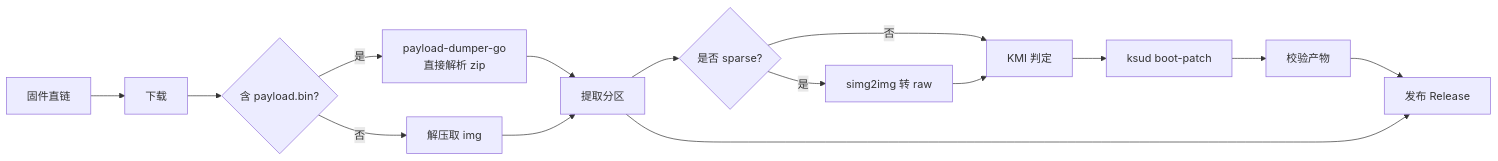
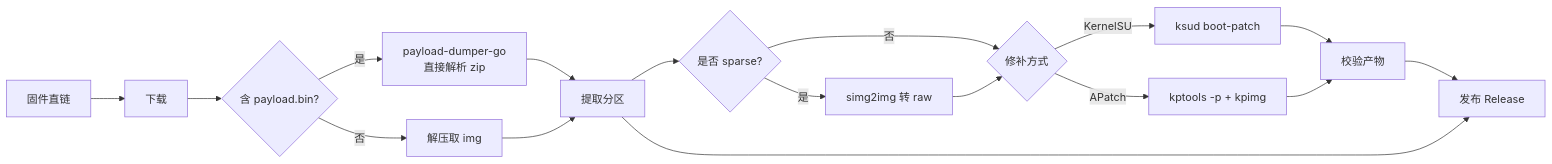
Before and after one commit to CoverUp137/ksu-patcher: the diagram in README.md, drawn with Mermaid. The commit also changed other lines of this file and 8 other files, not shown here.

First line of the commit message:
适配 APatch：新增 KernelPatch 工具链与 boot 修补流程

````diff
--- a/README.md
+++ b/README.md
@@ -150,17 +204,19 @@
 ```mermaid
 flowchart LR
     A[固件直链] --> B[下载]
     B --> C{含 payload.bin?}
     C -->|是| D[payload-dumper-go<br/>直接解析 zip]
     C -->|否| E[解压取 img]
     D --> F[提取分区]
     E --> F
     F --> G{是否 sparse?}
     G -->|是| H[simg2img 转 raw]
-    G -->|否| I[KMI 判定]
+    G -->|否| I{修补方式}
     H --> I
-    I --> J[ksud boot-patch]
+    I -->|KernelSU| J[ksud boot-patch]
+    I -->|APatch| J2[kptools -p + kpimg]
     J --> K[校验产物]
+    J2 --> K
     K --> L[发布 Release]
     F --> L
 ```
````
